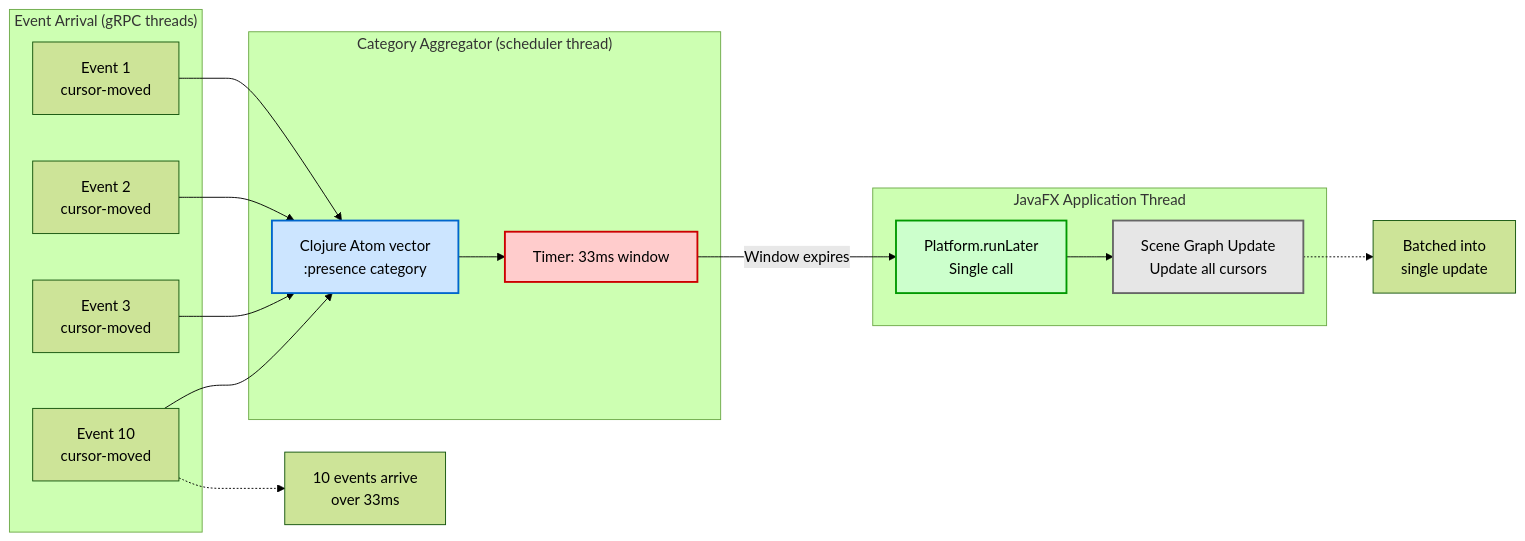
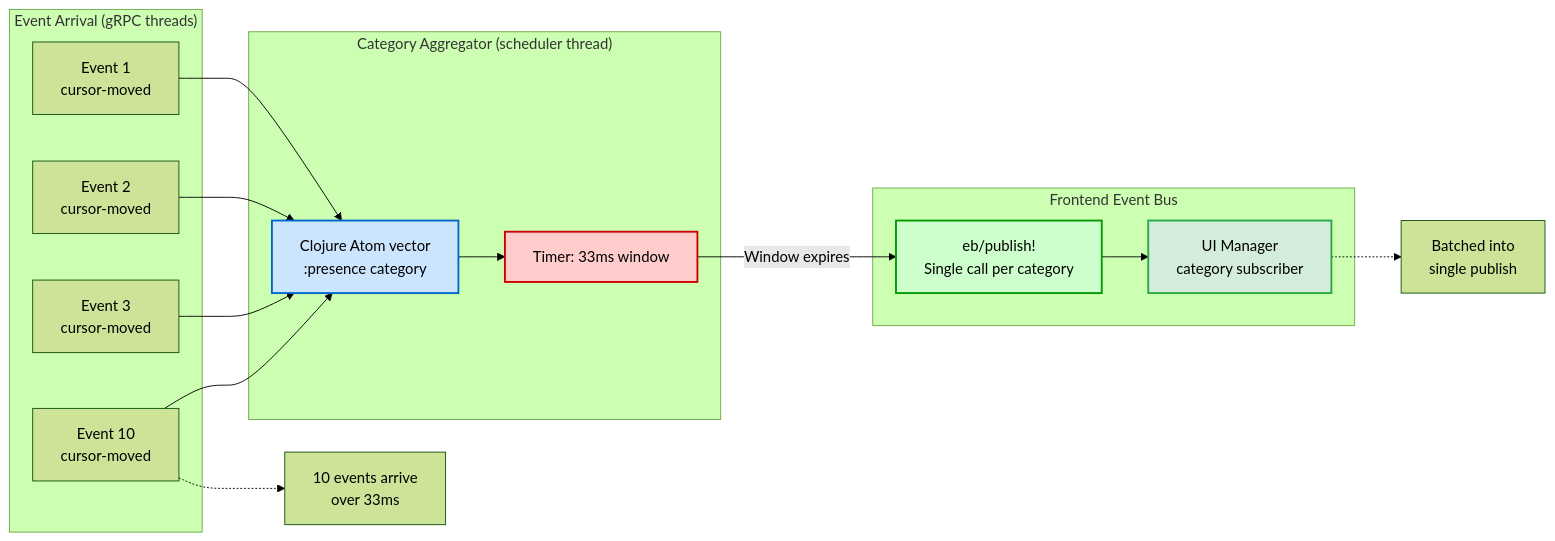
The fifth of 5 diagrams in ADRs/0031-Frontend-Event-Driven-Architecture.md (PeterBengtson/Ooloi-docs), drawn with Mermaid (forest theme) before and after one commit. The commit also changed other lines of this file and 3 other files, not shown here.

````diff
--- a/ADRs/0031-Frontend-Event-Driven-Architecture.md
+++ b/ADRs/0031-Frontend-Event-Driven-Architecture.md
@@ -347,39 +447,39 @@
 ```mermaid
 graph LR
     subgraph "Event Arrival (gRPC threads)"
         E1[Event 1<br/>cursor-moved]
         E2[Event 2<br/>cursor-moved]
         E3[Event 3<br/>cursor-moved]
         E10[Event 10<br/>cursor-moved]
     end
 
     subgraph "Category Aggregator (scheduler thread)"
         Q[Clojure Atom vector<br/>:presence category]
         T[Timer: 33ms window]
     end
 
-    subgraph "JavaFX Application Thread"
-        PRL[Platform.runLater<br/>Single call]
-        SG[Scene Graph Update<br/>Update all cursors]
+    subgraph "Frontend Event Bus"
+        PUB[eb/publish!<br/>Single call per category]
+        UM[UI Manager<br/>category subscriber]
     end
 
     E1 --> Q
     E2 --> Q
     E3 --> Q
     E10 --> Q
 
     Q --> T
-    T -->|Window expires| PRL
-    PRL --> SG
+    T -->|Window expires| PUB
+    PUB --> UM
 
     style Q fill:#cce5ff,stroke:#0066cc,stroke-width:2px,color:#000
     style T fill:#ffcccc,stroke:#cc0000,stroke-width:2px,color:#000
-    style PRL fill:#ccffcc,stroke:#009900,stroke-width:2px,color:#000
-    style SG fill:#e6e6e6,stroke:#666,stroke-width:2px,color:#000
+    style PUB fill:#ccffcc,stroke:#009900,stroke-width:2px,color:#000
+    style UM fill:#d4edda,stroke:#28a745,stroke-width:2px,color:#000
 
     note1[10 events arrive<br/>over 33ms]
-    note2[Batched into<br/>single update]
+    note2[Batched into<br/>single publish]
 
     E10 -.-> note1
-    SG -.-> note2
+    UM -.-> note2
 ```
````
